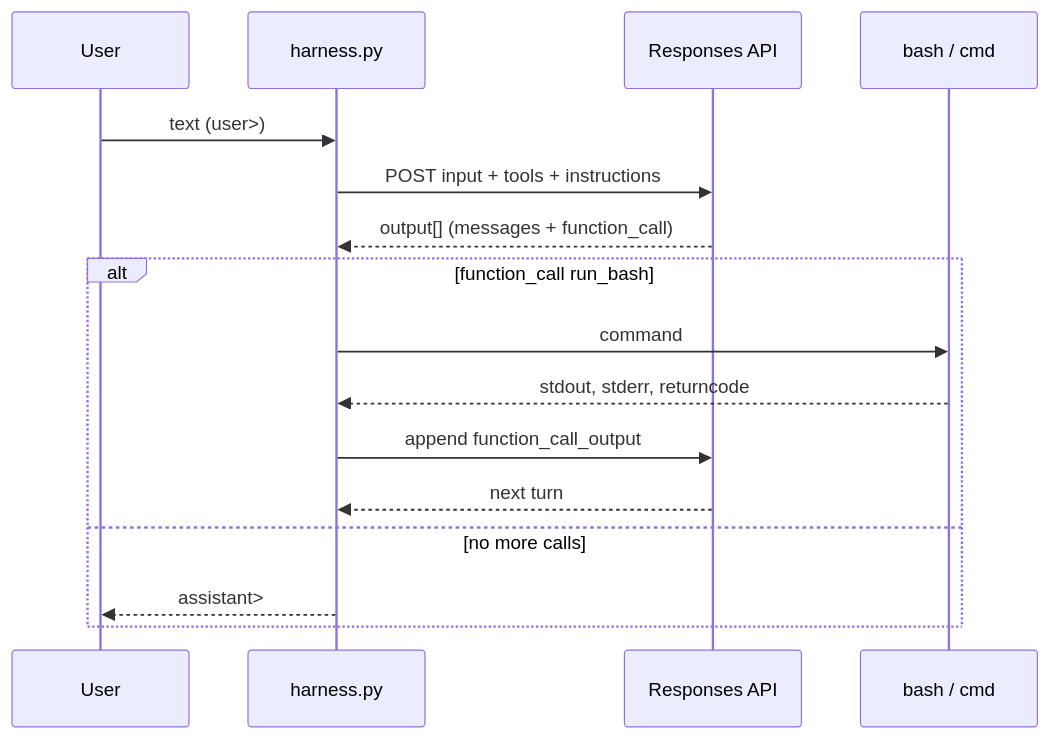
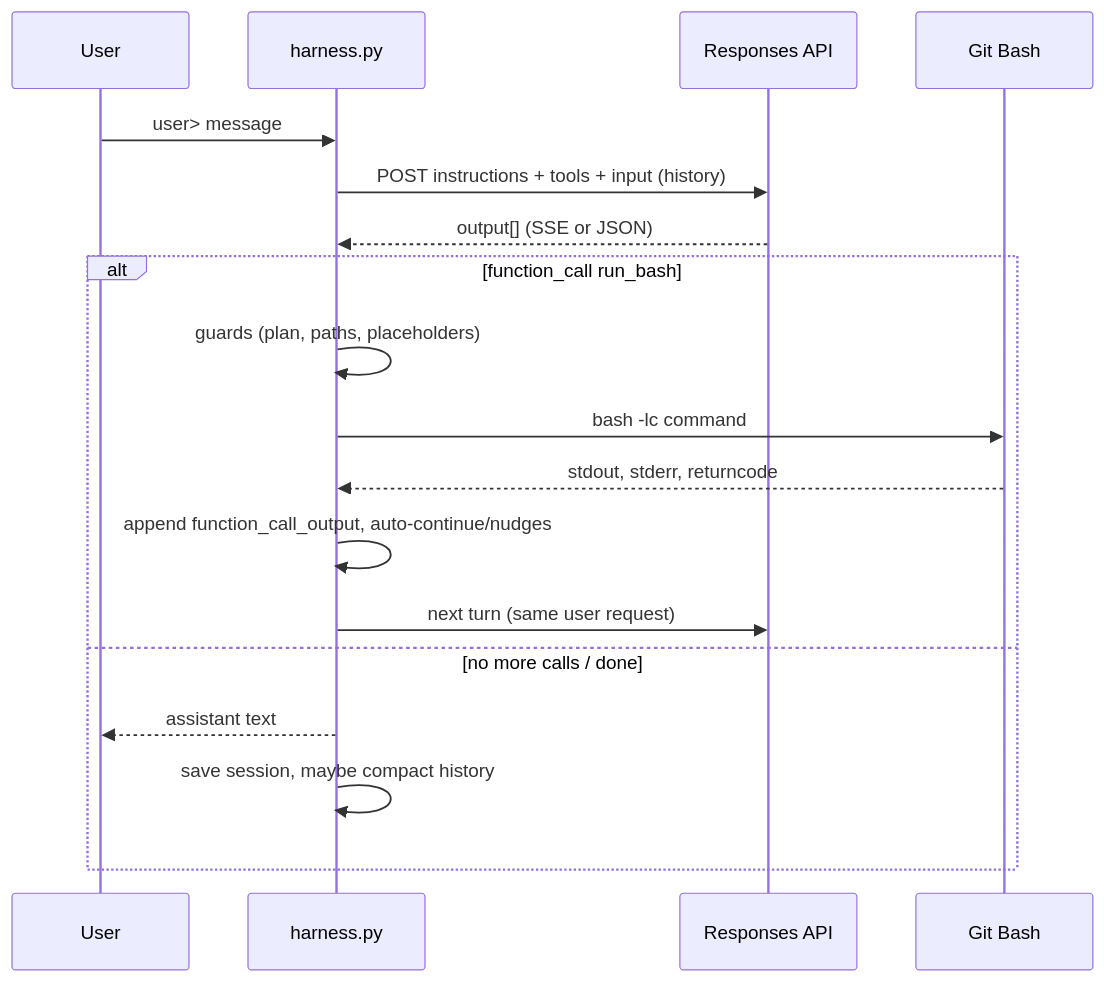
Before and after one commit to edvansanchoo/harness: the diagram in README.md, drawn with Mermaid. The commit also changed other lines of this file, not shown here.

````diff
--- a/README.md
+++ b/README.md
@@ -23,19 +23,21 @@
 ```mermaid
 sequenceDiagram
     participant User
     participant Harness as harness.py
     participant API as Responses API
-    participant Shell as bash / cmd
+    participant Shell as Git Bash
 
-    User->>Harness: text (user>)
-    Harness->>API: POST input + tools + instructions
-    API-->>Harness: output[] (messages + function_call)
+    User->>Harness: user> message
+    Harness->>API: POST instructions + tools + input (history)
+    API-->>Harness: output[] (SSE or JSON)
     alt function_call run_bash
-        Harness->>Shell: command
+        Harness->>Harness: guards (plan, paths, placeholders)
+        Harness->>Shell: bash -lc command
         Shell-->>Harness: stdout, stderr, returncode
-        Harness->>API: append function_call_output
-        API-->>Harness: next turn
-    else no more calls
-        Harness-->>User: assistant>
+        Harness->>Harness: append function_call_output, auto-continue/nudges
+        Harness->>API: next turn (same user request)
+    else no more calls / done
+        Harness-->>User: assistant text
+        Harness->>Harness: save session, maybe compact history
     end
 ```
````
